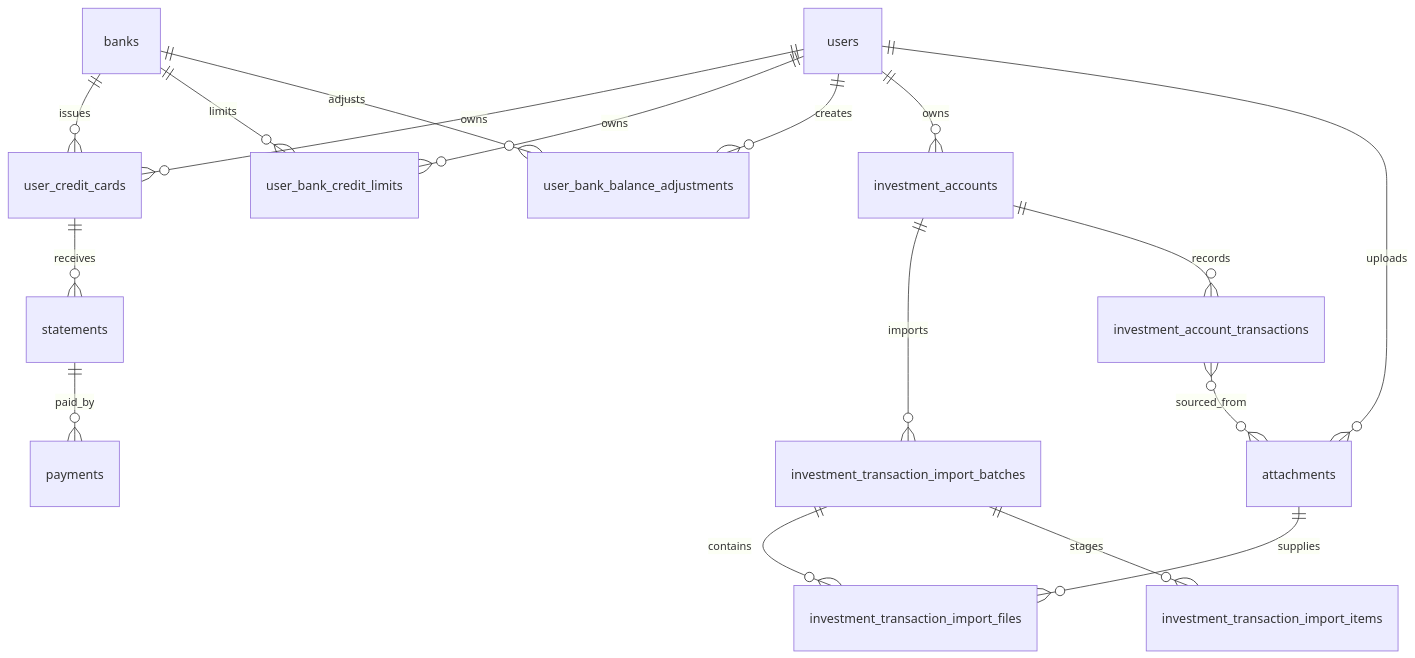
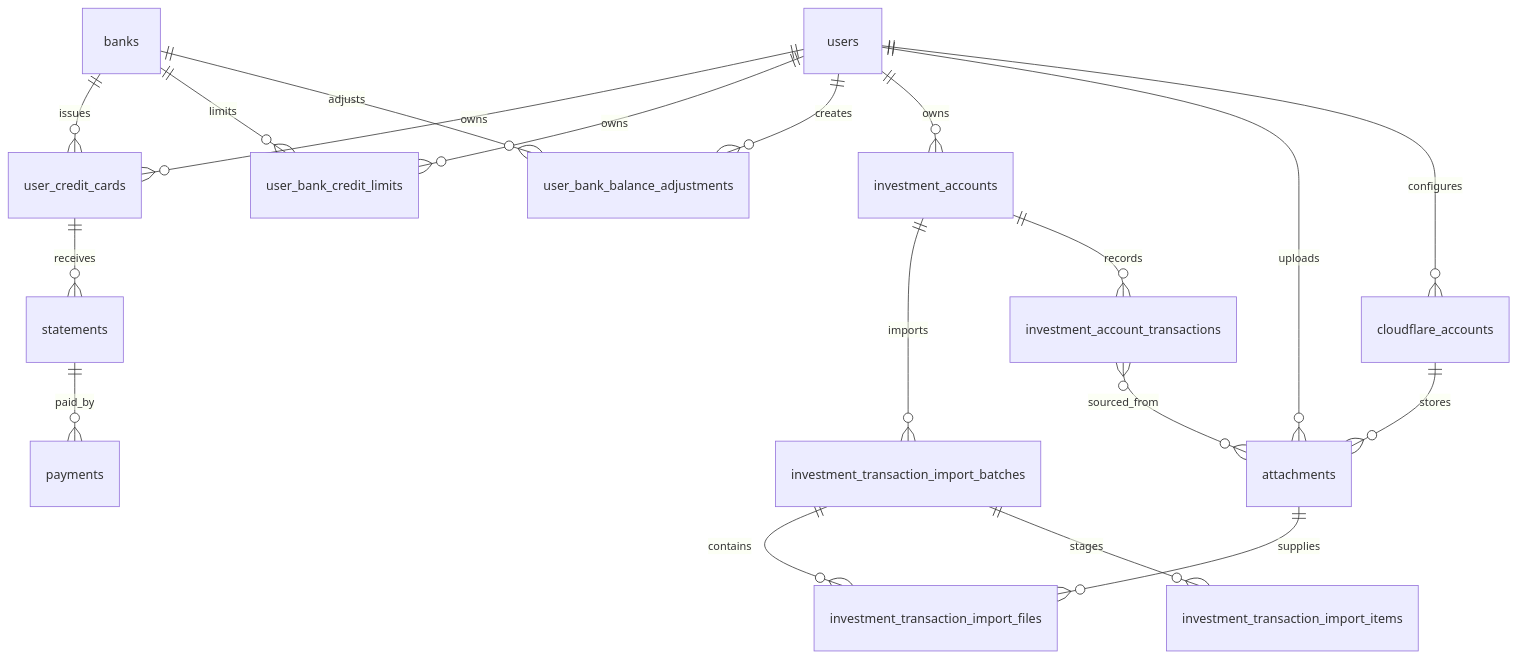
Before and after one commit to pvhao2002/kira-app: the diagram in kira-bank/docs/database/erd.md, drawn with Mermaid. The commit also changed other lines of this file and 63 other files, not shown here.

First line of the commit message:
feat: add lodging management and dynamic Cloudflare accounts

````diff
--- a/kira-bank/docs/database/erd.md
+++ b/kira-bank/docs/database/erd.md
@@ -3,19 +3,21 @@
 ```mermaid
 erDiagram
  users ||--o{ user_credit_cards : owns
  users ||--o{ user_bank_credit_limits : owns
  users ||--o{ user_bank_balance_adjustments : creates
  banks ||--o{ user_credit_cards : issues
  banks ||--o{ user_bank_credit_limits : limits
  banks ||--o{ user_bank_balance_adjustments : adjusts
  user_credit_cards ||--o{ statements : receives
  statements ||--o{ payments : paid_by
  users ||--o{ investment_accounts : owns
  users ||--o{ attachments : uploads
+ users ||--o{ cloudflare_accounts : configures
+ cloudflare_accounts ||--o{ attachments : stores
  investment_accounts ||--o{ investment_transaction_import_batches : imports
  investment_transaction_import_batches ||--o{ investment_transaction_import_files : contains
  investment_transaction_import_batches ||--o{ investment_transaction_import_items : stages
  investment_accounts ||--o{ investment_account_transactions : records
  attachments ||--o{ investment_transaction_import_files : supplies
  investment_account_transactions }o--o{ attachments : sourced_from
 ```
````
